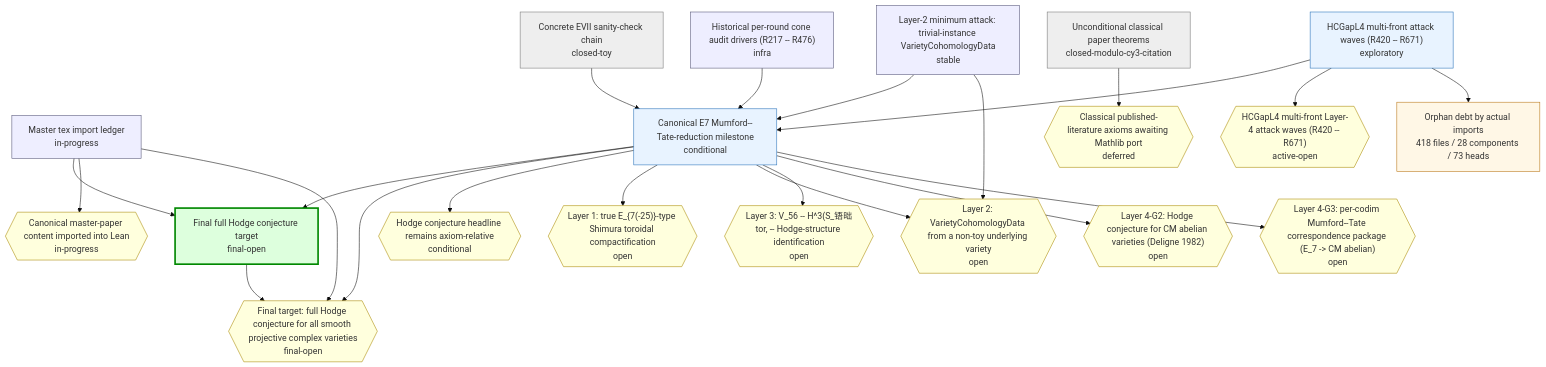
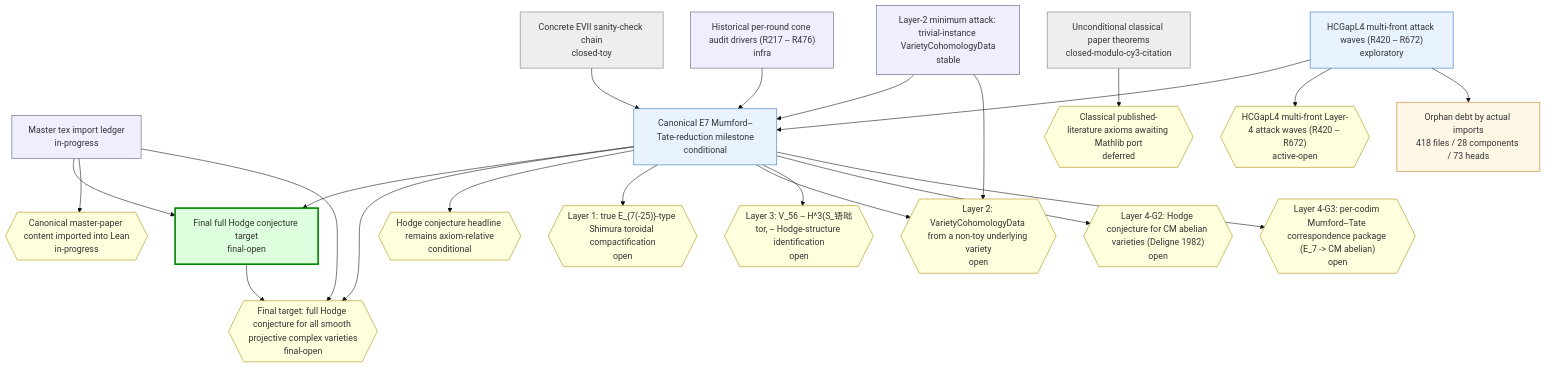
The first of 2 diagrams in chain-status/research-map.md (crabsatellite/hodge-conjecture-lean4-formalization), drawn with Mermaid (base theme) before and after one commit. The commit also changed other lines of this file and 8 other files, not shown here.

````diff
--- a/chain-status/research-map.md
+++ b/chain-status/research-map.md
@@ -46,54 +46,54 @@
 ```mermaid
 graph TD
   classDef main fill:#dfd,stroke:#080,stroke-width:3px
   classDef active fill:#e8f3ff,stroke:#2670b8
   classDef support fill:#eef,stroke:#557
   classDef closed fill:#eee,stroke:#777
   classDef dead fill:#fdd,stroke:#a00,stroke-width:2px
   classDef gapOpen fill:#ffd,stroke:#a80
   classDef gapClosed fill:#eee,stroke:#777
   classDef gapDead fill:#fdd,stroke:#a00
   classDef debt fill:#fff7e6,stroke:#b87514
   classDef debtTaxonomy fill:#e8f3ff,stroke:#2670b8,stroke-dasharray:3 3
   classDef debtRule fill:#eefbea,stroke:#398439,stroke-dasharray:3 3
   classDef debtDead fill:#fdd,stroke:#a00,stroke-dasharray:3 3
   chain_full_hc_final_target["Final full Hodge conjecture target\nfinal-open"]:::main
   chain_master_paper_import_ledger["Master tex import ledger\nin-progress"]:::support
   chain_main_hc_axiom_relative["Canonical E7 Mumford--Tate-reduction milestone\nconditional"]:::active
   chain_unconditional_classical["Unconditional classical paper theorems\nclosed-modulo-cy3-citation"]:::closed
   chain_hcgap_l2_trivial_instances["Layer-2 minimum attack: trivial-instance VarietyCohomologyData\nstable"]:::support
-  chain_hcgap_l4_multifront_active["HCGapL4 multi-front attack waves (R420 -- R671)\nexploratory"]:::active
+  chain_hcgap_l4_multifront_active["HCGapL4 multi-front attack waves (R420 -- R672)\nexploratory"]:::active
   chain_concrete_evii_toy["Concrete EVII sanity-check chain\nclosed-toy"]:::closed
   chain_historical_cone_audits["Historical per-round cone audit drivers (R217 -- R476)\ninfra"]:::support
   gap_G_full_hc{{"Final target: full Hodge conjecture for all smooth projective complex varieties\nfinal-open"}}:::gapOpen
   gap_G_master_paper_import{{"Canonical master-paper content imported into Lean\nin-progress"}}:::gapOpen
   gap_G_main_hc{{"Hodge conjecture headline remains axiom-relative\nconditional"}}:::gapOpen
   gap_G_l1_e7_shimura_tor{{"Layer 1: true E_{7(-25)}-type Shimura toroidal compactification\nopen"}}:::gapOpen
   gap_G_l2_cohomology_construction{{"Layer 2: VarietyCohomologyData from a non-toy underlying variety\nopen"}}:::gapOpen
   gap_G_l3_v56_mt_identification{{"Layer 3: V_56 -- H^3(S_铻昢tor, -- Hodge-structure identification\nopen"}}:::gapOpen
   gap_G_l4_cm_abelian_hc{{"Layer 4-G2: Hodge conjecture for CM abelian varieties (Deligne 1982)\nopen"}}:::gapOpen
   gap_G_l4_mt_correspondence{{"Layer 4-G3: per-codim Mumford--Tate correspondence package (E_7 -> CM abelian)\nopen"}}:::gapOpen
   gap_G_classical_mathlib_port{{"Classical published-literature axioms awaiting Mathlib port\ndeferred"}}:::gapOpen
-  gap_G_hcgap_l4_multifront{{"HCGapL4 multi-front Layer-4 attack waves (R420 -- R671)\nactive-open"}}:::gapOpen
+  gap_G_hcgap_l4_multifront{{"HCGapL4 multi-front Layer-4 attack waves (R420 -- R672)\nactive-open"}}:::gapOpen
   chain_full_hc_final_target --> gap_G_full_hc
   chain_master_paper_import_ledger --> chain_full_hc_final_target
   chain_master_paper_import_ledger --> gap_G_master_paper_import
   chain_master_paper_import_ledger --> gap_G_full_hc
   chain_main_hc_axiom_relative --> chain_full_hc_final_target
   chain_main_hc_axiom_relative --> gap_G_full_hc
   chain_main_hc_axiom_relative --> gap_G_main_hc
   chain_main_hc_axiom_relative --> gap_G_l1_e7_shimura_tor
   chain_main_hc_axiom_relative --> gap_G_l2_cohomology_construction
   chain_main_hc_axiom_relative --> gap_G_l3_v56_mt_identification
   chain_main_hc_axiom_relative --> gap_G_l4_cm_abelian_hc
   chain_main_hc_axiom_relative --> gap_G_l4_mt_correspondence
   chain_unconditional_classical --> gap_G_classical_mathlib_port
   chain_hcgap_l2_trivial_instances --> chain_main_hc_axiom_relative
   chain_hcgap_l2_trivial_instances --> gap_G_l2_cohomology_construction
   chain_hcgap_l4_multifront_active --> chain_main_hc_axiom_relative
   chain_hcgap_l4_multifront_active --> gap_G_hcgap_l4_multifront
   chain_concrete_evii_toy --> chain_main_hc_axiom_relative
   chain_historical_cone_audits --> chain_main_hc_axiom_relative
   debt_all["Orphan debt by actual imports\n418 files / 28 components / 73 heads"]:::debt
   chain_hcgap_l4_multifront_active --> debt_all
 ```
````
